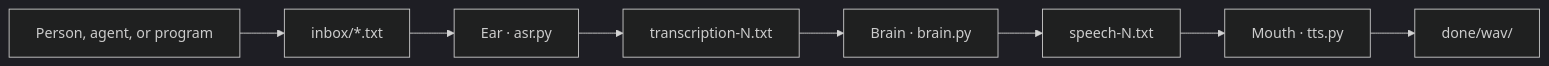
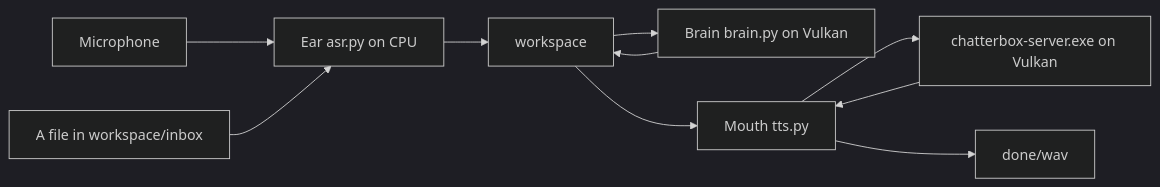
Before and after one commit to wgabrys88/Trident: the first of 6 diagrams in README.md, drawn with Mermaid (dark theme). The commit also changed other lines of this file, not shown here.

````diff
--- a/README.md
+++ b/README.md
@@ -5,12 +25,20 @@
 ```mermaid
 flowchart LR
-  speaker["Person, agent, or program"]
-  inbox["inbox/*.txt"]
-  ear["Ear · asr.py"]
-  heard["transcription-N.txt"]
-  brain["Brain · brain.py"]
-  speech["speech-N.txt"]
-  mouth["Mouth · tts.py"]
-  wav["done/wav/"]
-  speaker --> inbox --> ear --> heard --> brain --> speech --> mouth --> wav
+  mic["Microphone"]
+  writer["A file in workspace/inbox"]
+  ear["Ear asr.py on CPU"]
+  brain["Brain brain.py on Vulkan"]
+  mouth["Mouth tts.py"]
+  server["chatterbox-server.exe on Vulkan"]
+  bus["workspace"]
+  heard["done/wav"]
+  mic --> ear
+  writer --> ear
+  ear --> bus
+  bus --> brain
+  brain --> bus
+  bus --> mouth
+  mouth --> server
+  server --> mouth
+  mouth --> heard
 ```
````
